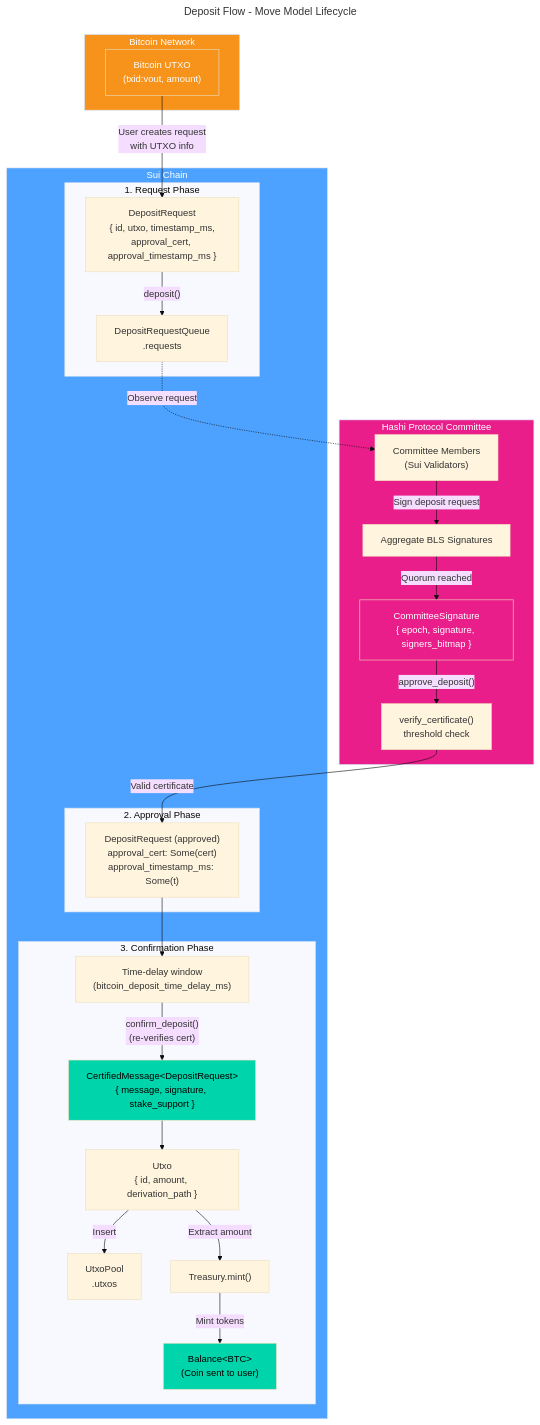
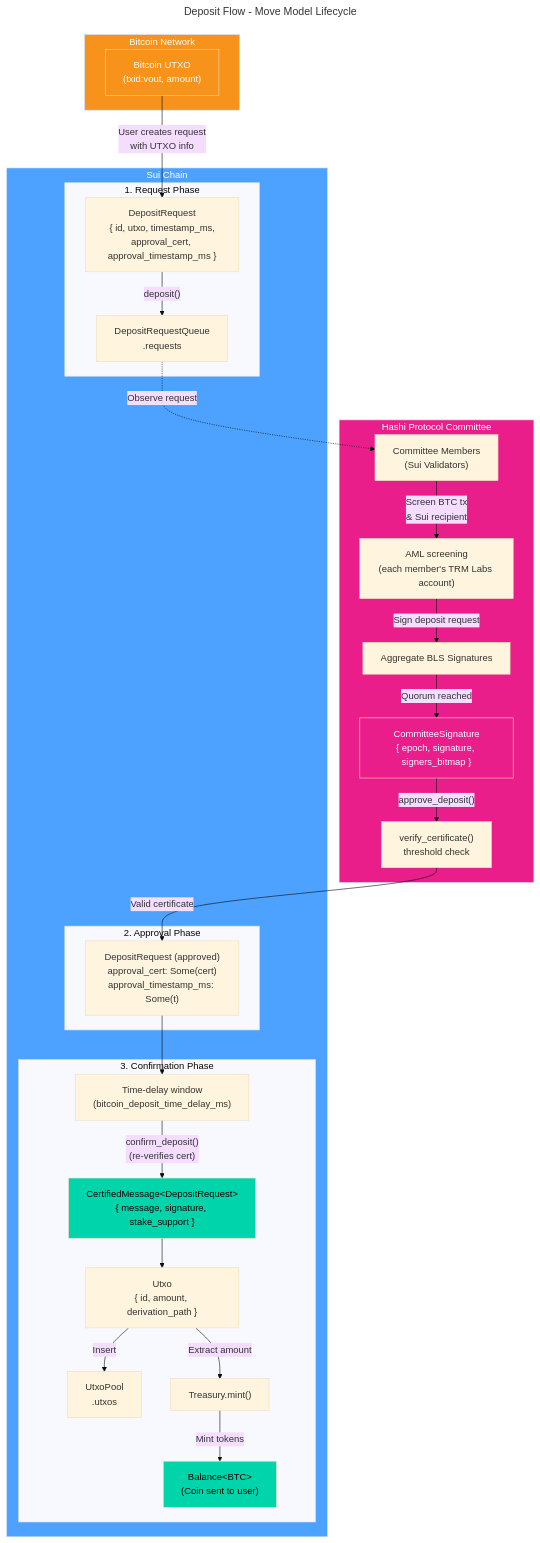
One commit to MystenLabs/hashi changed the first of 2 diagrams in design/docs/move-model-lifecycle.mdx. Above: the diagram before and after it, drawn with Mermaid (base theme). The commit also changed other lines of this file and 4 other files, not shown here.

First line of the commit message:
[docs] Document TRM Labs AML screening

````diff
--- a/design/docs/move-model-lifecycle.mdx
+++ b/design/docs/move-model-lifecycle.mdx
@@ -65,58 +65,60 @@
 ```mermaid
 ---
 title: Deposit Flow - Move Model Lifecycle
 ---
 flowchart TD
     subgraph Bitcoin["Bitcoin Network"]
         BTC_UTXO["Bitcoin UTXO<br/>(txid:vout, amount)"]
     end
 
     subgraph Committee["Hashi Protocol Committee"]
         MEMBERS["Committee Members<br/>(Sui Validators)"]
+        SCREEN["AML screening<br/>(each member's TRM Labs account)"]
         SIGN["Aggregate BLS Signatures"]
         CERT["CommitteeSignature<br/>{ epoch, signature, signers_bitmap }"]
         VERIFY["verify_certificate()<br/>threshold check"]
     end
 
     subgraph Sui["Sui Chain"]
         subgraph DepositPhase["1. Request Phase"]
             DR["DepositRequest<br/>{ id, utxo, timestamp_ms,<br/>approval_cert, approval_timestamp_ms }"]
             DRQ["DepositRequestQueue<br/>.requests"]
         end
 
         subgraph ApprovePhase["2. Approval Phase"]
             APPROVED["DepositRequest (approved)<br/>approval_cert: Some(cert)<br/>approval_timestamp_ms: Some(t)"]
         end
 
         subgraph ConfirmPhase["3. Confirmation Phase"]
             DELAY["Time-delay window<br/>(bitcoin_deposit_time_delay_ms)"]
             CERTIFIED["CertifiedMessage&lt;DepositRequest&gt;<br/>{ message, signature, stake_support }"]
             UTXO["Utxo<br/>{ id, amount, derivation_path }"]
             POOL["UtxoPool<br/>.utxos"]
             MINT["Treasury.mint()"]
             BAL["Balance&lt;BTC&gt;<br/>(Coin sent to user)"]
         end
     end
 
     BTC_UTXO -->|"User creates request<br/>with UTXO info"| DR
     DR -->|"deposit()"| DRQ
     DRQ -.->|"Observe request"| MEMBERS
-    MEMBERS -->|"Sign deposit request"| SIGN
+    MEMBERS -->|"Screen BTC tx<br/>& Sui recipient"| SCREEN
+    SCREEN -->|"Sign deposit request"| SIGN
     SIGN -->|"Quorum reached"| CERT
     CERT -->|"approve_deposit()"| VERIFY
     VERIFY -->|"Valid certificate"| APPROVED
     APPROVED --> DELAY
     DELAY -->|"confirm_deposit()<br/>(re-verifies cert)"| CERTIFIED
     CERTIFIED --> UTXO
     UTXO -->|"Insert"| POOL
     UTXO -->|"Extract amount"| MINT
     MINT -->|"Mint tokens"| BAL
 
     style Bitcoin fill:#f7931a,color:#fff
     style Committee fill:#E91E8A,color:#fff
     style Sui fill:#4da2ff,color:#fff
     style BAL fill:#00d4aa,color:#000
     style BTC_UTXO fill:#f7931a,color:#fff
     style CERT fill:#E91E8A,color:#fff
     style CERTIFIED fill:#00d4aa,color:#000
 ```
````
